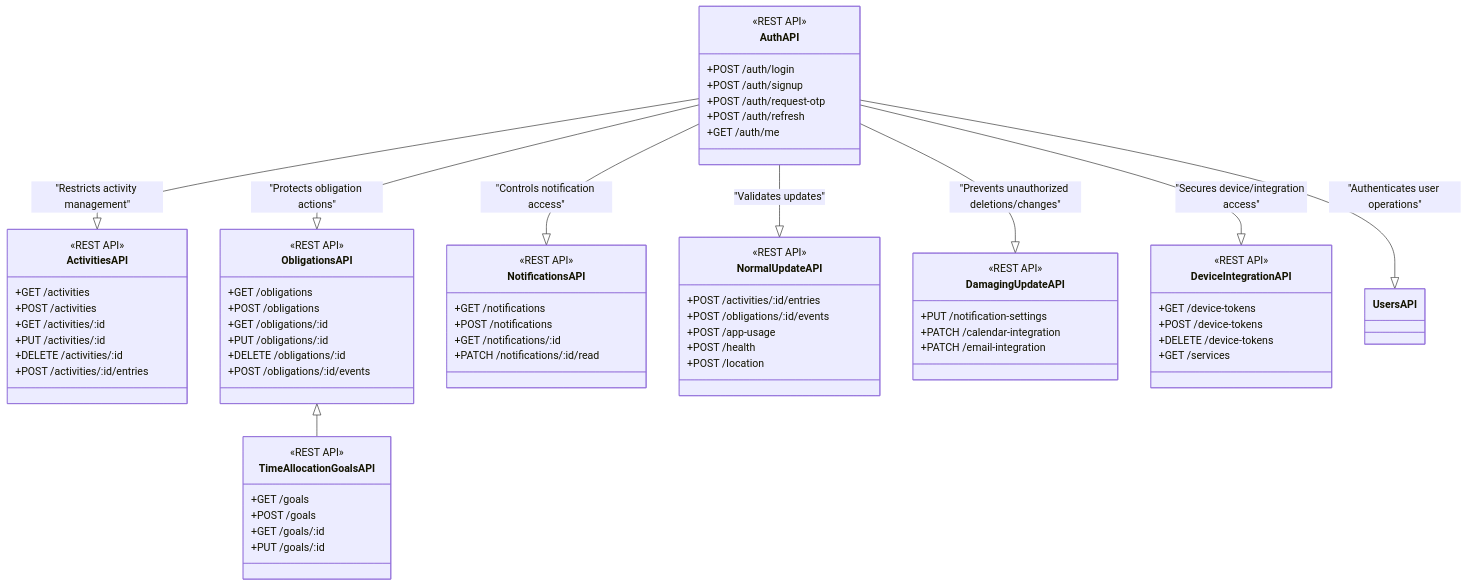
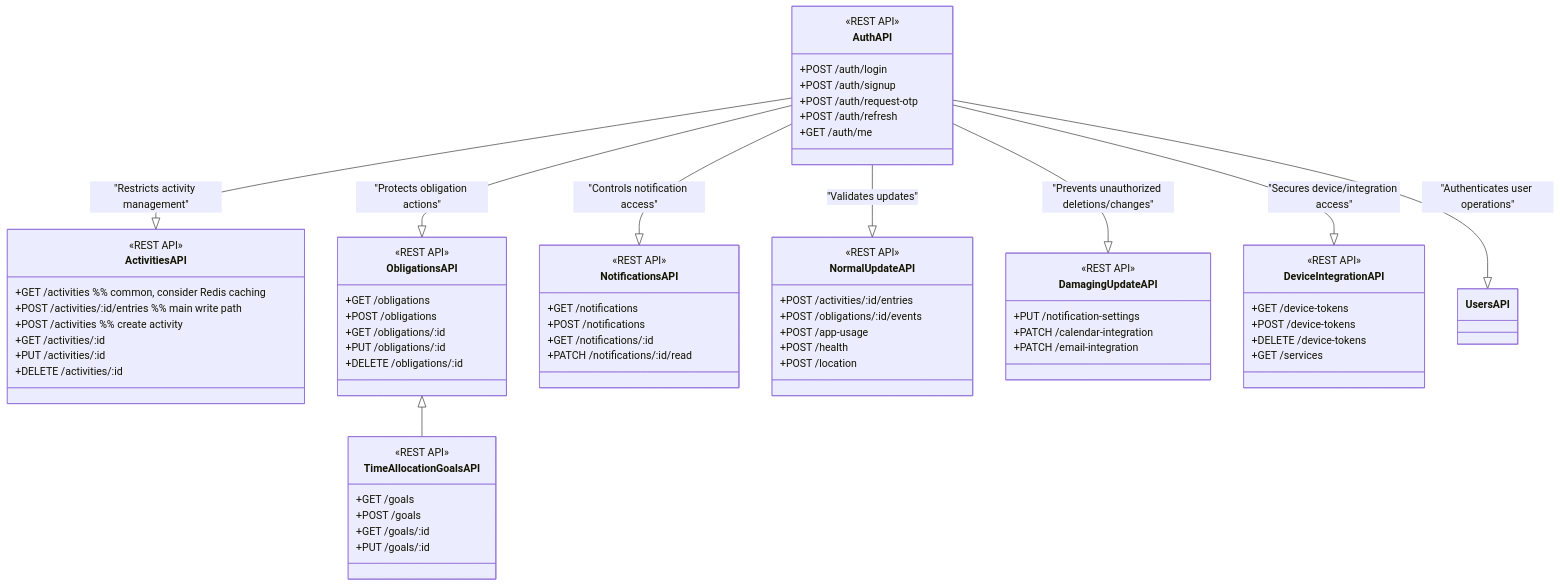
Before and after one commit to hadiahmad06/jiko: the diagram in backend/docs/routes.md, drawn with Mermaid. The commit also changed 12 other files, not shown here.

```diff
--- a/backend/docs/routes.md
+++ b/backend/docs/routes.md
@@ -24,12 +24,15 @@
     %% Activities
     class ActivitiesAPI {
         <<REST API>>
-        +GET /activities
-        +POST /activities
+        %% Hot endpoints (frequently used)
+        +GET /activities                    %% common, consider Redis caching
+        +POST /activities/:id/entries       %% main write path
+        +POST /activities                   %% create activity
+
+        %% Rare endpoints
         +GET /activities/:id
         +PUT /activities/:id
         +DELETE /activities/:id
-        +POST /activities/:id/entries
     }
 
     %% Obligations
@@ -40,7 +43,6 @@
         +GET /obligations/:id
         +PUT /obligations/:id
         +DELETE /obligations/:id
-        +POST /obligations/:id/events
     }
 
     %% Notifications
```
